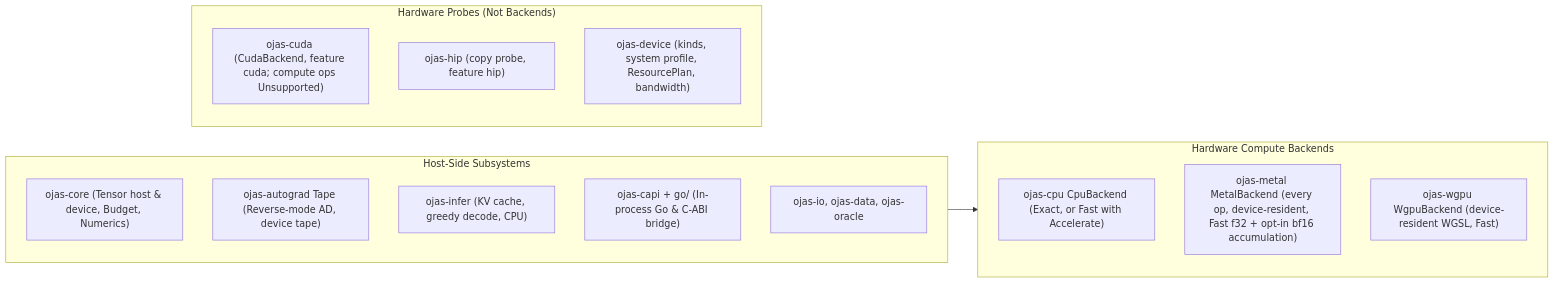
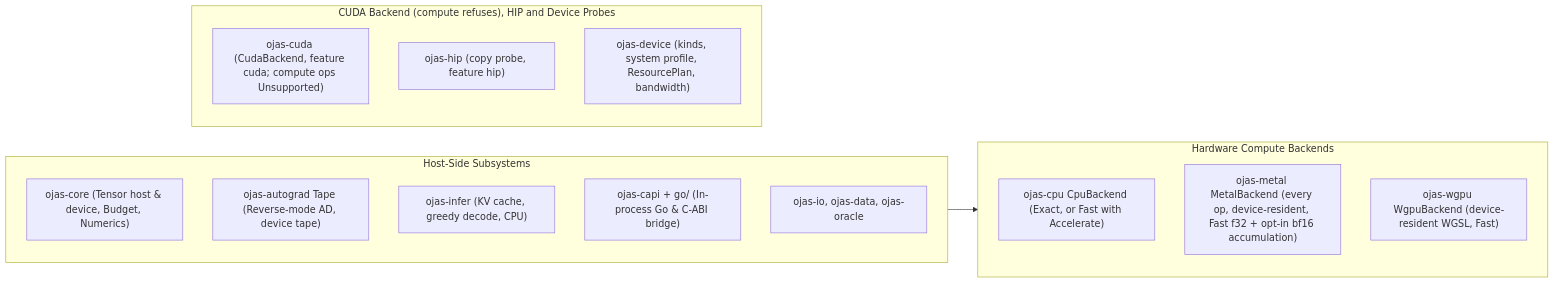
The first of 2 diagrams in docs/status.md (bharathvbcr/ojas), drawn with Mermaid before and after one commit. The commit also changed other lines of this file and 62 other files, not shown here.

````diff
--- a/docs/status.md
+++ b/docs/status.md
@@ -149,27 +149,27 @@
 ```mermaid
 flowchart LR
     subgraph Backends["Hardware Compute Backends"]
         direction TB
         b1["ojas-cpu CpuBackend (Exact, or Fast with Accelerate)"]
         b2["ojas-metal MetalBackend (every op, device-resident, Fast f32 + opt-in bf16 accumulation)"]
         b3["ojas-wgpu WgpuBackend (device-resident WGSL, Fast)"]
     end
 
     subgraph Host["Host-Side Subsystems"]
         direction TB
         h1["ojas-core (Tensor host & device, Budget, Numerics)"]
         h2["ojas-autograd Tape (Reverse-mode AD, device tape)"]
         h3["ojas-infer (KV cache, greedy decode, CPU)"]
         h4["ojas-capi + go/ (In-process Go & C-ABI bridge)"]
         h5["ojas-io, ojas-data, ojas-oracle"]
     end
 
-    subgraph Probes["Hardware Probes (Not Backends)"]
+    subgraph Probes["CUDA Backend (compute refuses), HIP and Device Probes"]
         direction TB
         p1["ojas-cuda (CudaBackend, feature cuda; compute ops Unsupported)"]
         p2["ojas-hip (copy probe, feature hip)"]
         p3["ojas-device (kinds, system profile, ResourcePlan, bandwidth)"]
     end
 
     Host --> Backends
 ```
````
